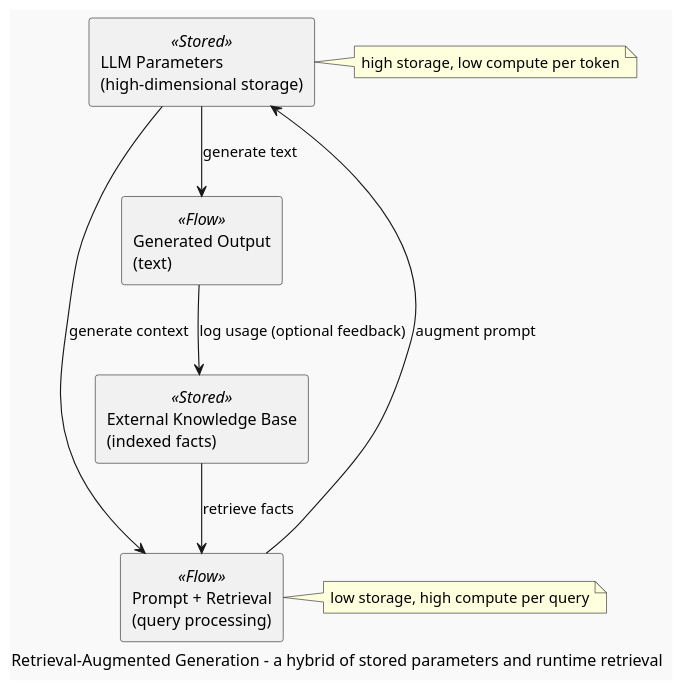
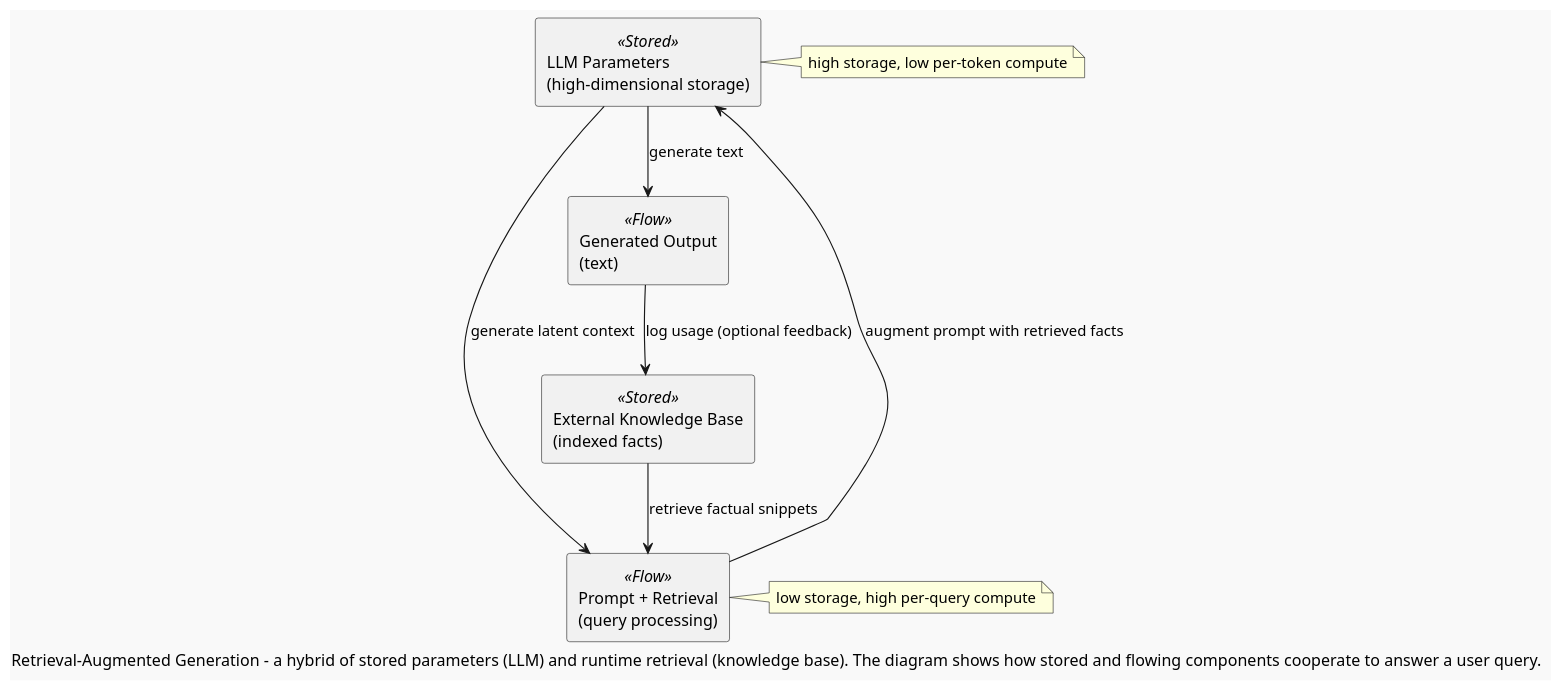
Before and after one commit to InquiryInstitute/AIPA: the second of 2 diagrams in aipa/llm-elevated/ch01-lecture-01.adoc, drawn with PlantUML. The commit also changed other lines of this file and 128 other files, not shown here.

```diff
--- a/aipa/llm-elevated/ch01-lecture-01.adoc
+++ b/aipa/llm-elevated/ch01-lecture-01.adoc
@@ -110,25 +153,24 @@
 [plantuml,ch01-hybrid,png,theme=sketchy-outline]
 ....
 @startuml
 scale 1.1
 skinparam backgroundColor #F9F9F9
 rectangle "LLM Parameters\n(high‑dimensional storage)" as LLM <<Stored>>
 rectangle "External Knowledge Base\n(indexed facts)" as KB <<Stored>>
 rectangle "Prompt + Retrieval\n(query processing)" as Query <<Flow>>
 rectangle "Generated Output\n(text)" as Output <<Flow>>
 
-LLM --> Query : generate context
-KB --> Query : retrieve facts
-Query --> LLM : augment prompt
+LLM --> Query : generate latent context
+KB --> Query : retrieve factual snippets
+Query --> LLM : augment prompt with retrieved facts
 LLM --> Output : generate text
 Output --> KB : log usage (optional feedback)
-
 note right of LLM
-  high storage, low compute per token
+  high storage, low per‑token compute
 end note
 note right of Query
-  low storage, high compute per query
+  low storage, high per‑query compute
 end note
-caption Retrieval‑Augmented Generation – a hybrid of stored parameters and runtime retrieval
+caption Retrieval‑Augmented Generation – a hybrid of stored parameters (LLM) and runtime retrieval (knowledge base). The diagram shows how stored and flowing components cooperate to answer a user query.
 @enduml
 ....
```
